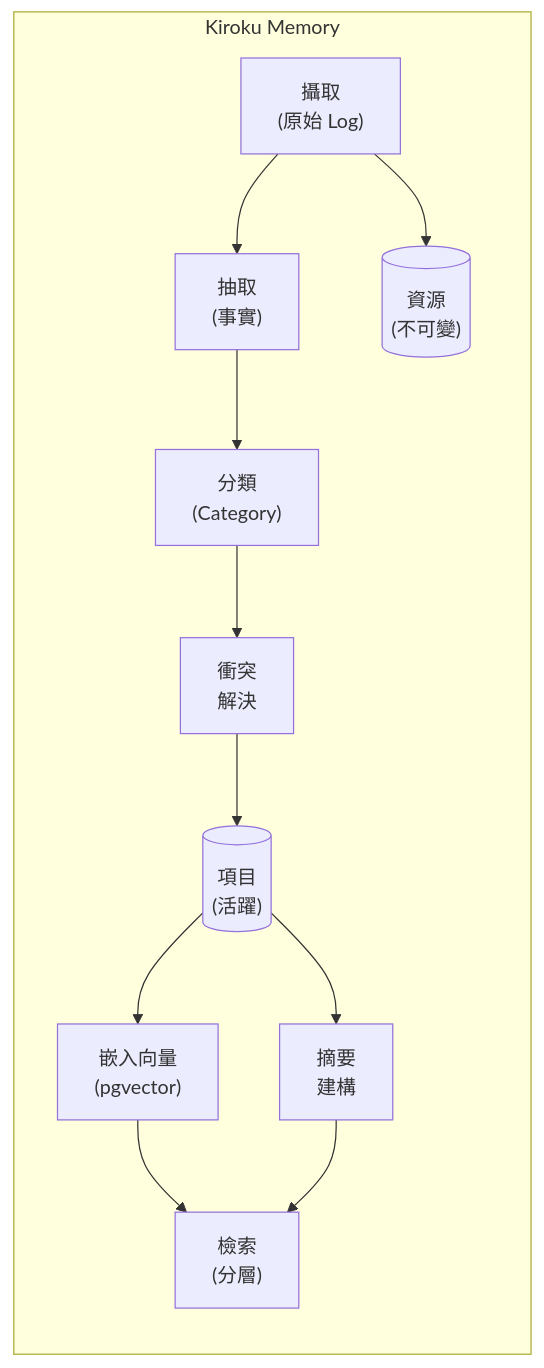
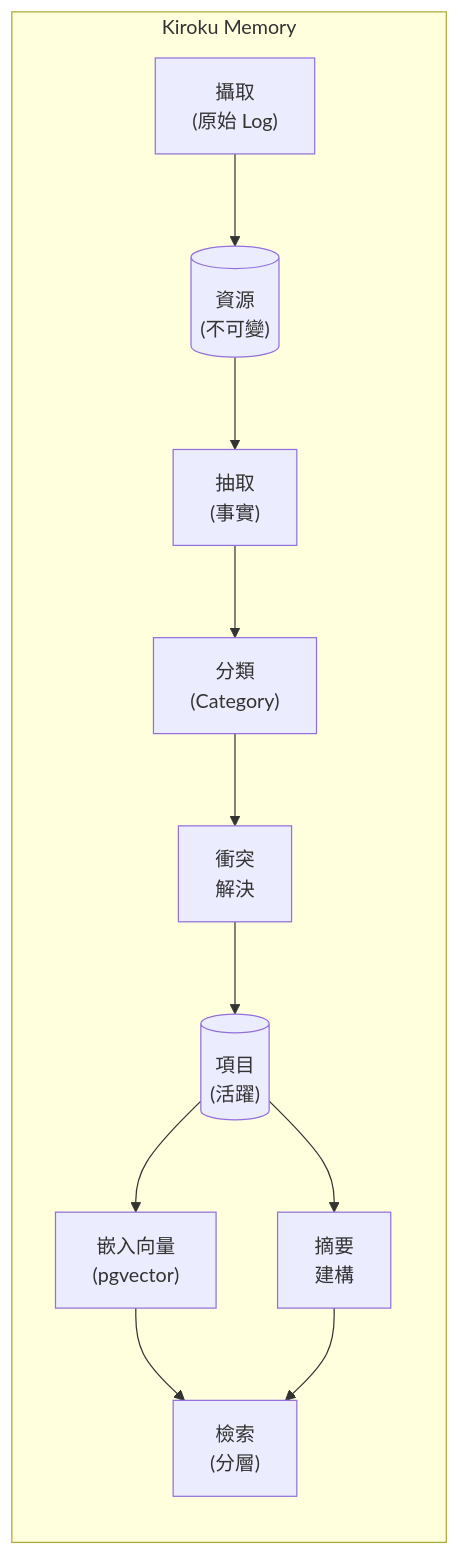
Before and after one commit to yelban/kiroku-memory: the diagram in README.zh-TW.md, drawn with Mermaid. The commit also changed 2 other files, not shown here.

Commit message:
Fix architecture diagram to match actual code flow
- Ingest writes to Resources (not directly to Extract)
- Extract reads from Resources
- Linear flow: Resources → Extract → Classify → Conflict → Items

````diff
--- a/README.zh-TW.md
+++ b/README.zh-TW.md
@@ -40,19 +40,19 @@
 ```mermaid
 flowchart TB
     subgraph KM["Kiroku Memory"]
         direction TB
 
-        Ingest["攝取<br/>(原始 Log)"] --> Extract["抽取<br/>(事實)"]
+        Ingest["攝取<br/>(原始 Log)"] --> Resources[("資源<br/>(不可變)")]
+
+        Resources --> Extract["抽取<br/>(事實)"]
         Extract --> Classify["分類<br/>(Category)"]
         Classify --> Conflict["衝突<br/>解決"]
-
-        Ingest --> Resources[("資源<br/>(不可變)")]
         Conflict --> Items[("項目<br/>(活躍)")]
 
         Items --> Embeddings["嵌入向量<br/>(pgvector)"]
         Items --> Summary["摘要<br/>建構"]
 
         Embeddings --> Retrieve["檢索<br/>(分層)"]
         Summary --> Retrieve
     end
 ```
````
